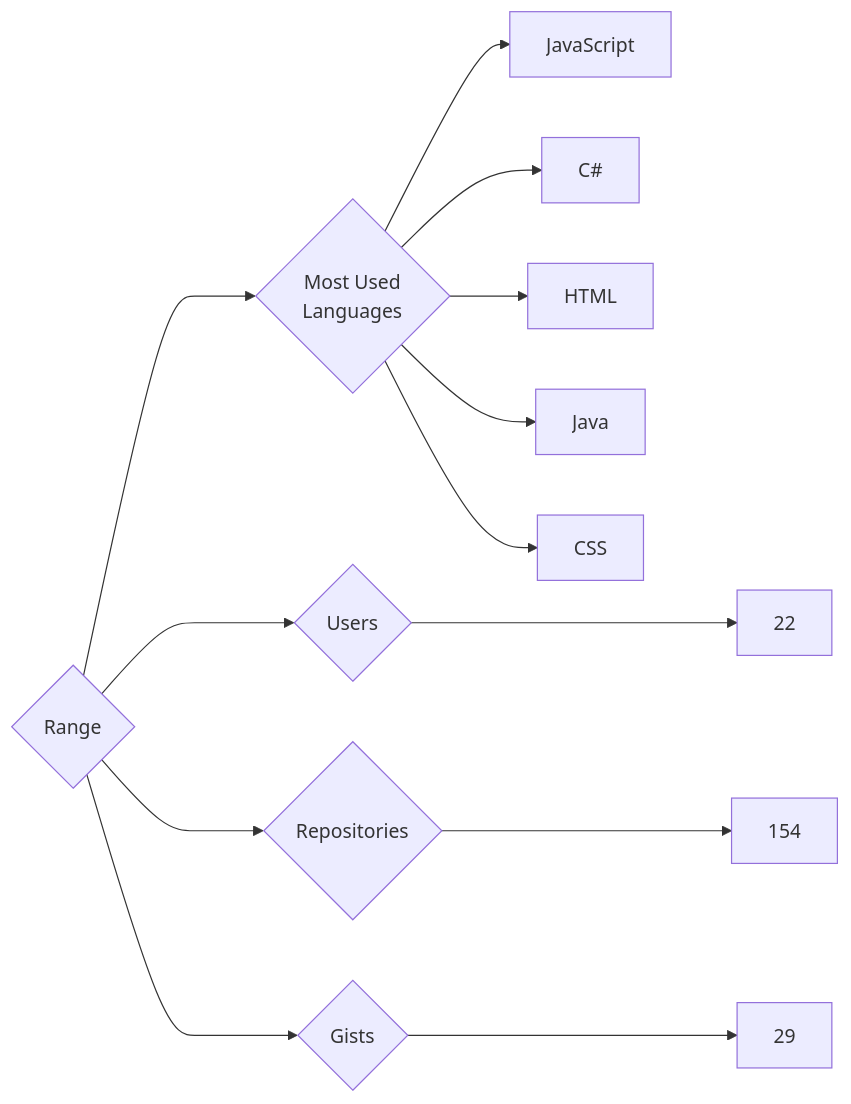
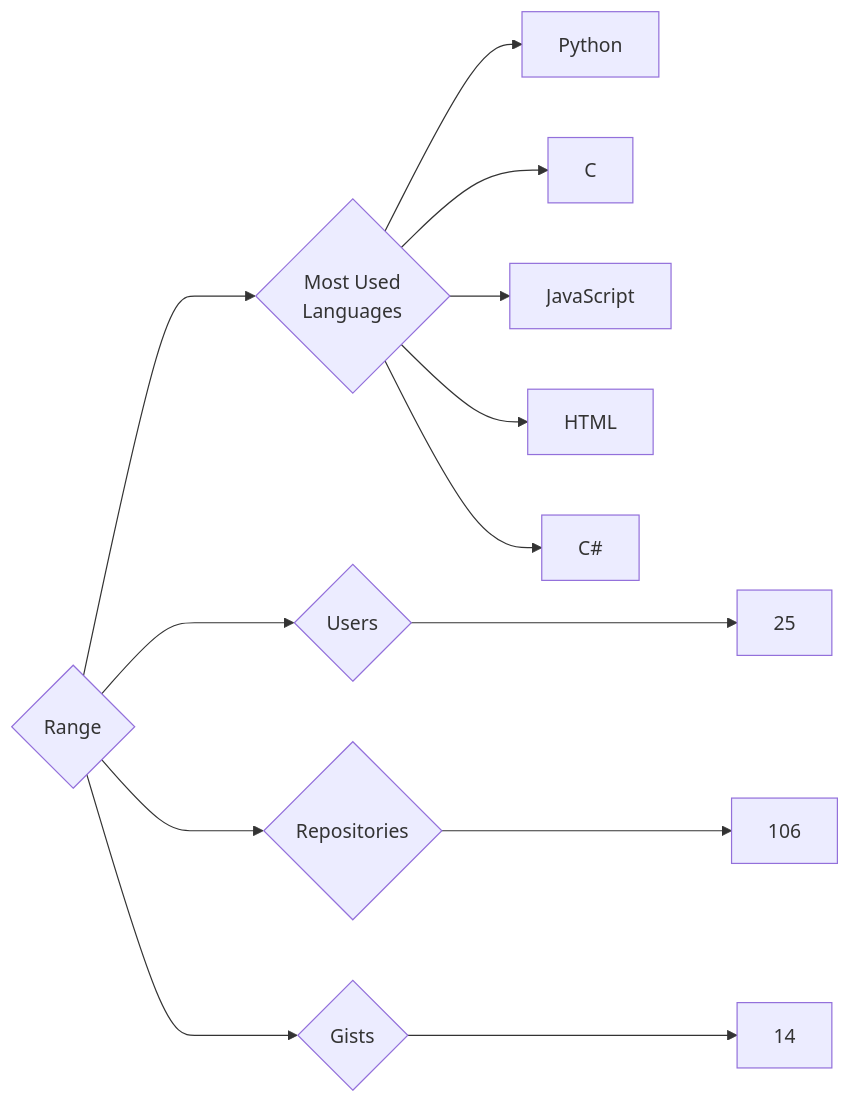
The diagram in targets/Range/README.md (trickest/insiders), drawn with Mermaid before and after one commit. The commit also changed 835 other files, not shown here.

````diff
--- a/targets/Range/README.md
+++ b/targets/Range/README.md
@@ -3,13 +3,13 @@
 ```mermaid
 graph LR
 COMPANY_NAME{Range}
-COMPANY_NAME ---> U{Users} ---> UN[22]
-COMPANY_NAME ---> R{Repositories} ---> RN[154]
-COMPANY_NAME ---> G{Gists} ---> GN[29]
+COMPANY_NAME ---> U{Users} ---> UN[25]
+COMPANY_NAME ---> R{Repositories} ---> RN[106]
+COMPANY_NAME ---> G{Gists} ---> GN[14]
 COMPANY_NAME ---> ML{Most Used<br>Languages}
+ML --> Python[Python]
+ML --> C[C]
 ML --> JavaScript[JavaScript]
+ML --> HTML[HTML]
 ML --> C#[C#]
-ML --> HTML[HTML]
-ML --> Java[Java]
-ML --> CSS[CSS]
 ```
````
